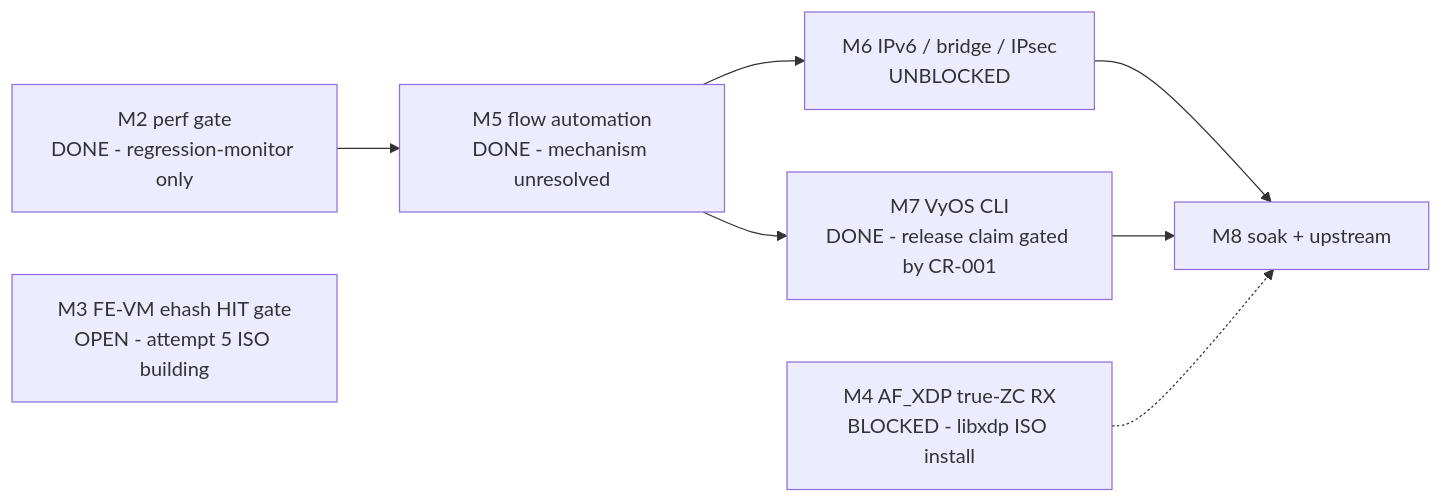
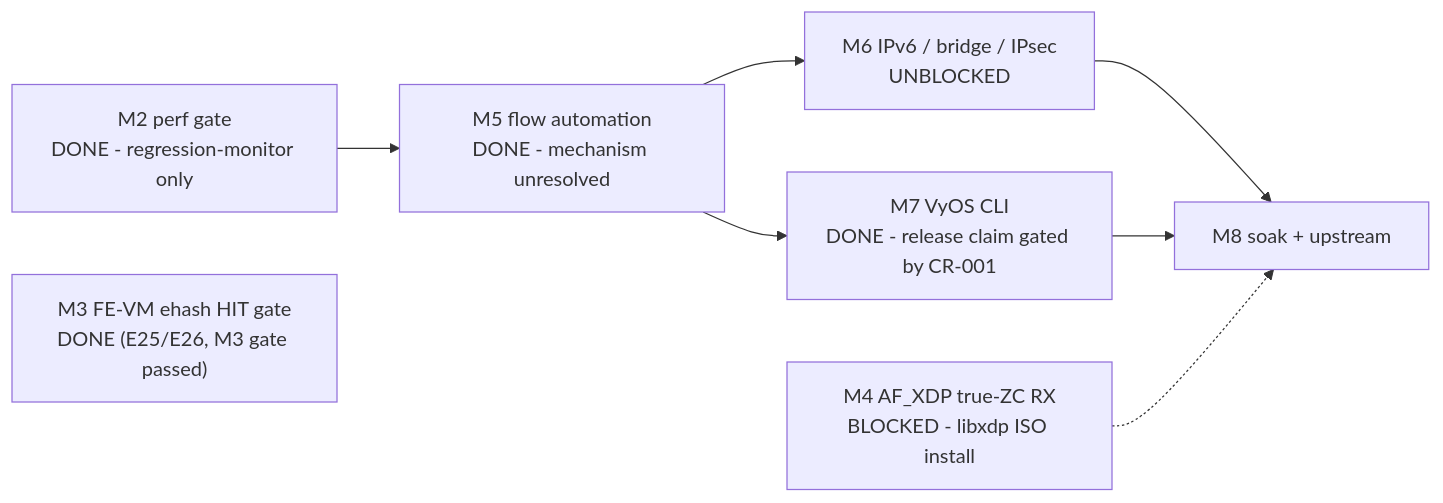
One commit to Daegara/vyos-ls1046a-build changed the diagram in plans/ASK2-MASTER-PLAN.md. Above: the diagram before and after it, drawn with Mermaid. The commit also changed other lines of this file and 1 other file, not shown here.

First line of the commit message:
plans: flip M3 to DONE — FE-VM ehash HIT gate passed (E25/E26/E28)

````diff
--- a/plans/ASK2-MASTER-PLAN.md
+++ b/plans/ASK2-MASTER-PLAN.md
@@ -226,10 +226,10 @@
 ```mermaid
 graph LR
     M2["M2 perf gate<br/>DONE - regression-monitor only"] --> M5["M5 flow automation<br/>DONE - mechanism unresolved"]
-    M3["M3 FE-VM ehash HIT gate<br/>OPEN - attempt 5 ISO building"]
+    M3["M3 FE-VM ehash HIT gate<br/>DONE (E25/E26, M3 gate passed)"]
     M5 --> M6["M6 IPv6 / bridge / IPsec<br/>UNBLOCKED"]
     M5 --> M7["M7 VyOS CLI<br/>DONE - release claim gated by CR-001"]
     M6 --> M8["M8 soak + upstream"]
     M7 --> M8
     M4["M4 AF_XDP true-ZC RX<br/>BLOCKED - libxdp ISO install"] -.-> M8
 ```
````
